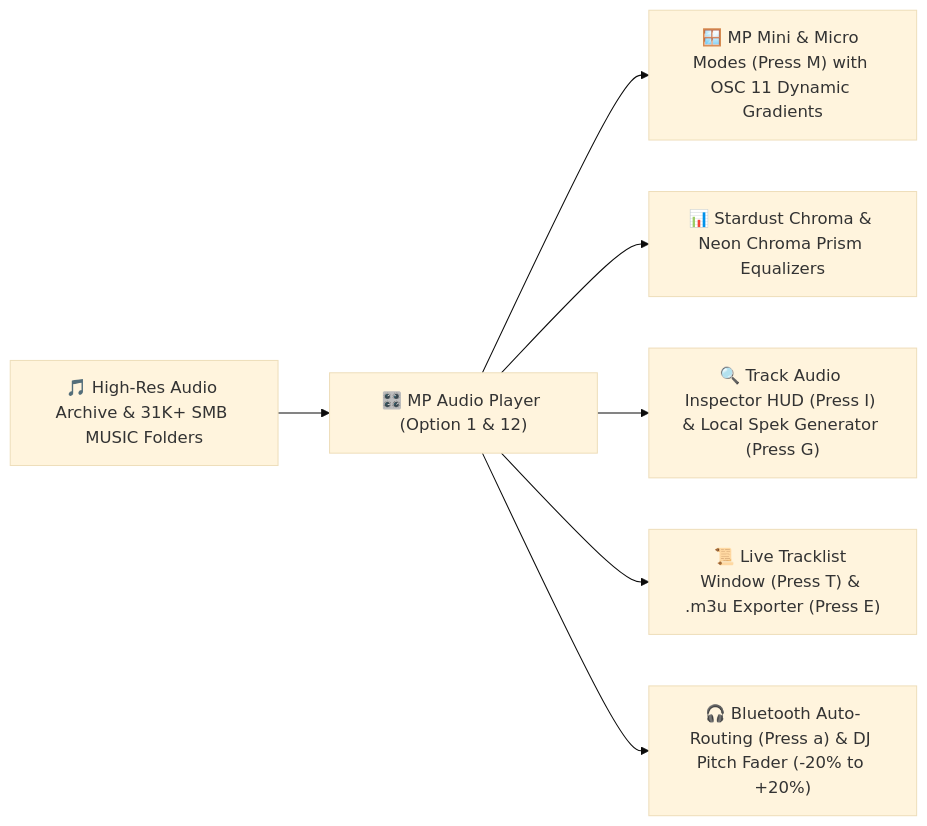
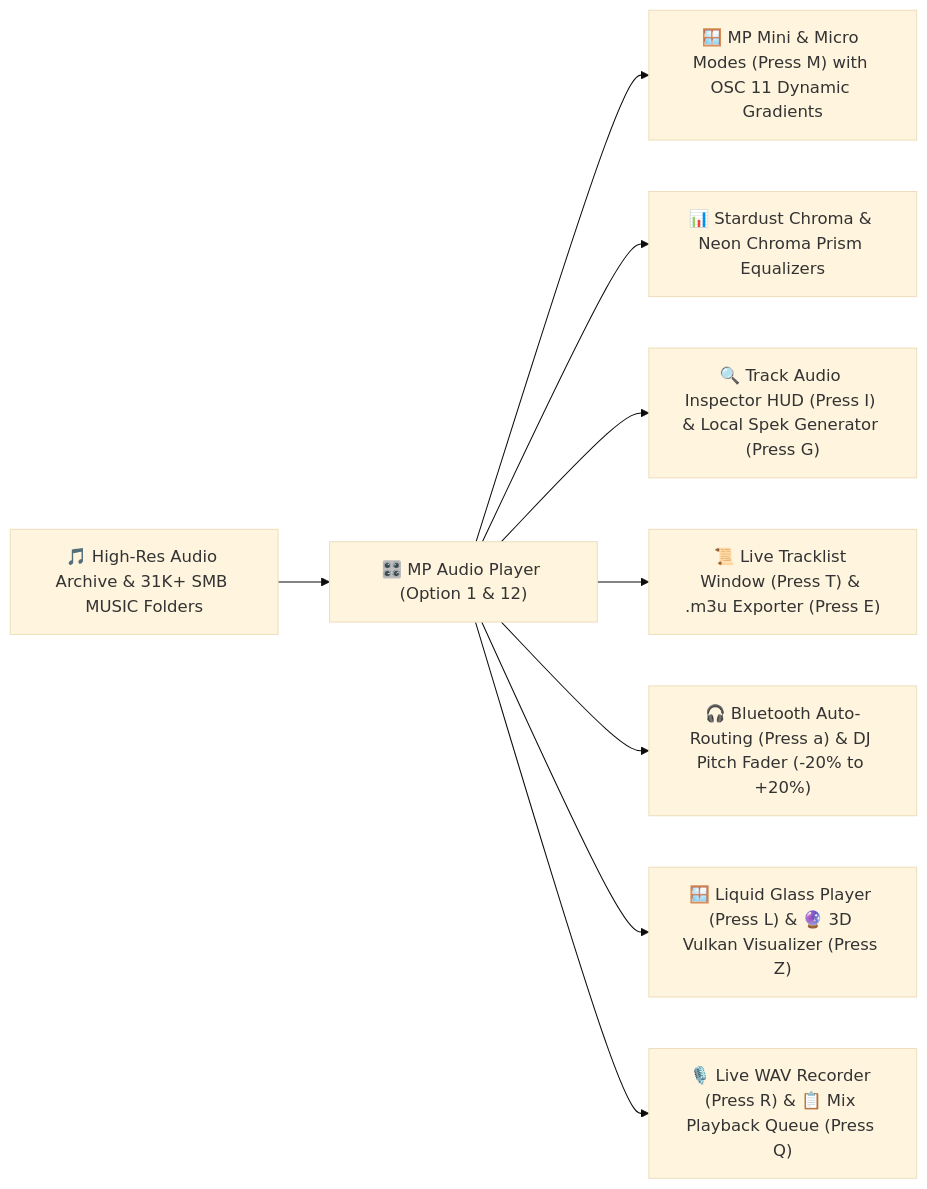
One commit to MPlanetarian/MPMixManager_v0.4-x64 changed the fourth of 13 diagrams in README.md. Above: the diagram before and after it, drawn with Mermaid (base theme). The commit also changed other lines of this file and 12 other files, not shown here.

````diff
--- a/README.md
+++ b/README.md
@@ -127,9 +256,11 @@
 ```mermaid
 flowchart LR
     A["🎵 High-Res Audio Archive & 31K+ SMB MUSIC Folders"] --> B["🎛️ MP Audio Player (Option 1 & 12)"]
     B --> C["🪟 MP Mini & Micro Modes (Press M) with OSC 11 Dynamic Gradients"]
     B --> D["📊 Stardust Chroma & Neon Chroma Prism Equalizers"]
     B --> E["🔍 Track Audio Inspector HUD (Press I) & Local Spek Generator (Press G)"]
     B --> F["📜 Live Tracklist Window (Press T) & .m3u Exporter (Press E)"]
     B --> G["🎧 Bluetooth Auto-Routing (Press a) & DJ Pitch Fader (-20% to +20%)"]
+    B --> H["🪟 Liquid Glass Player (Press L) & 🔮 3D Vulkan Visualizer (Press Z)"]
+    B --> I["🎙️ Live WAV Recorder (Press R) & 📋 Mix Playback Queue (Press Q)"]
 ```
````
